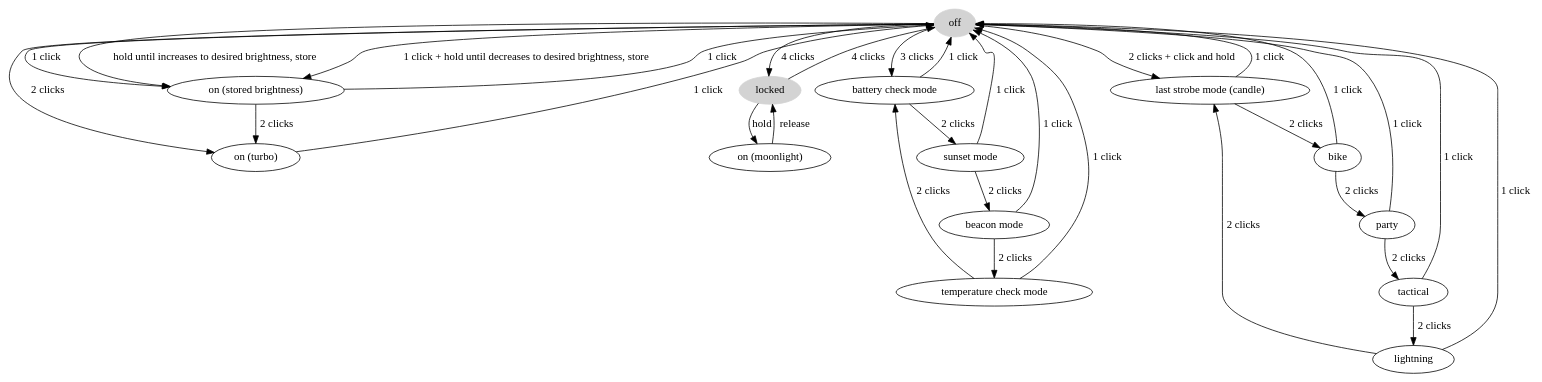
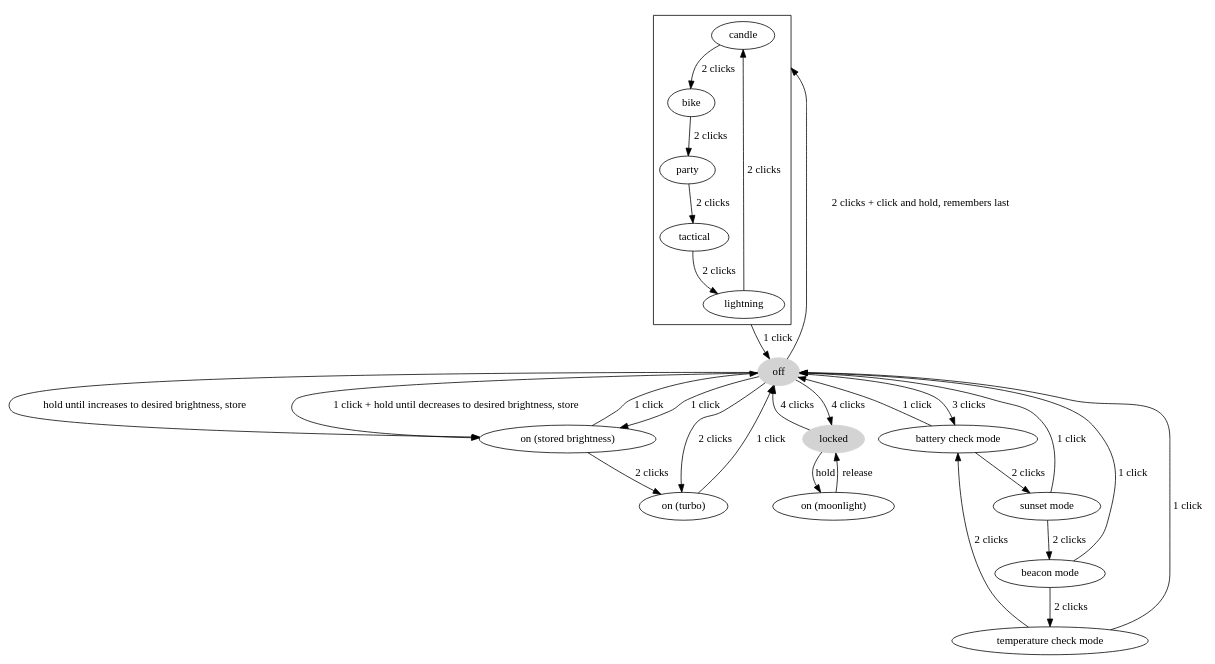
One commit to mmb/anduril-ui-diagram changed the diagram in ui.dot. Above: the diagram before and after it, drawn with Graphviz. The commit also changed 2 other files, not shown here.

Commit message:
Use subgraph for strobe mode

```diff
--- a/ui.dot
+++ b/ui.dot
@@ -1,46 +1,42 @@
 digraph {
+  compound=true
+
   off[style="filled",color="lightgrey"]
   off -> "on (stored brightness)"[label="1 click"];
   off -> "on (stored brightness)"[label="hold until increases to desired brightness, store"];
   off -> "on (turbo)"[label="2 clicks"];
   off -> "on (stored brightness)"[label="1 click + hold until decreases to desired brightness, store"];
   off -> locked[label="4 clicks"];
   off -> "battery check mode"[label="3 clicks"];
-  off -> "last strobe mode (candle)"[label="2 clicks + click and hold"];
+
+  off -> candle[label="2 clicks + click and hold, remembers last",lhead="cluster_strobe"];
+  lightning -> off[label="1 click",ltail="cluster_strobe"];
+  subgraph cluster_strobe {
+    candle -> bike[label="2 clicks"]
+    bike -> party[label="2 clicks"]
+    party -> tactical[label="2 clicks"]
+    tactical -> lightning[label="2 clicks"]
+    lightning -> "candle"[label="2 clicks"]
+  }
 
   locked[style="filled",color="lightgrey"]
   locked -> off[label="4 clicks"];
   locked -> "on (moonlight)"[label="hold"];
 
   "on (moonlight)" -> "locked"[label="release"];
   "on (stored brightness)" -> off[label="1 click"];
   "on (stored brightness)" -> "on (turbo)"[label="2 clicks"];
   "on (turbo)" -> off[label="1 click"];
 
   "battery check mode" -> "sunset mode"[label="2 clicks"]
   "battery check mode" -> off[label="1 click"]
 
   "sunset mode" -> "beacon mode"[label="2 clicks"]
   "sunset mode" -> off[label="1 click"]
 
   "beacon mode" -> "temperature check mode"[label="2 clicks"]
   "beacon mode" -> off[label="1 click"]
 
   "temperature check mode" -> "battery check mode"[label="2 clicks"]
   "temperature check mode" -> off[label="1 click"]
-
-  "last strobe mode (candle)" -> bike[label="2 clicks"]
-  "last strobe mode (candle)" -> off[label="1 click"]
-
-  bike -> party[label="2 clicks"]
-  bike -> off[label="1 click"]
-
-  party -> tactical[label="2 clicks"]
-  party -> off[label="1 click"]
-
-  tactical -> lightning[label="2 clicks"]
-  tactical -> off[label="1 click"]
-
-  lightning -> "last strobe mode (candle)"[label="2 clicks"]
-  lightning -> off[label="1 click"]
 }
```
